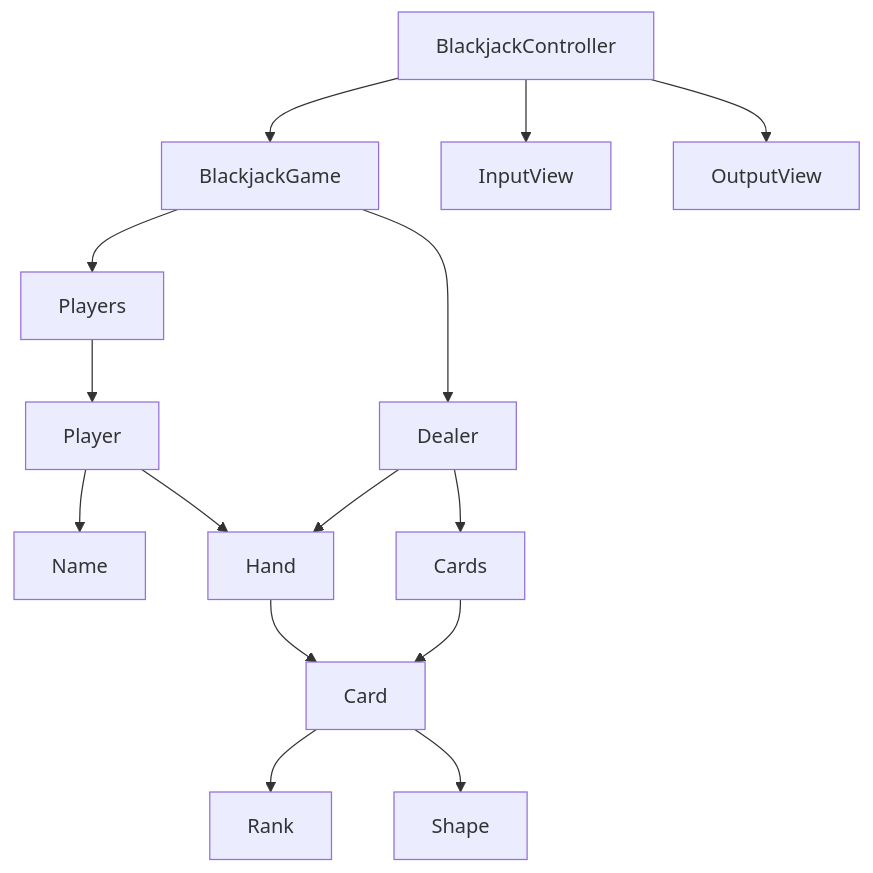
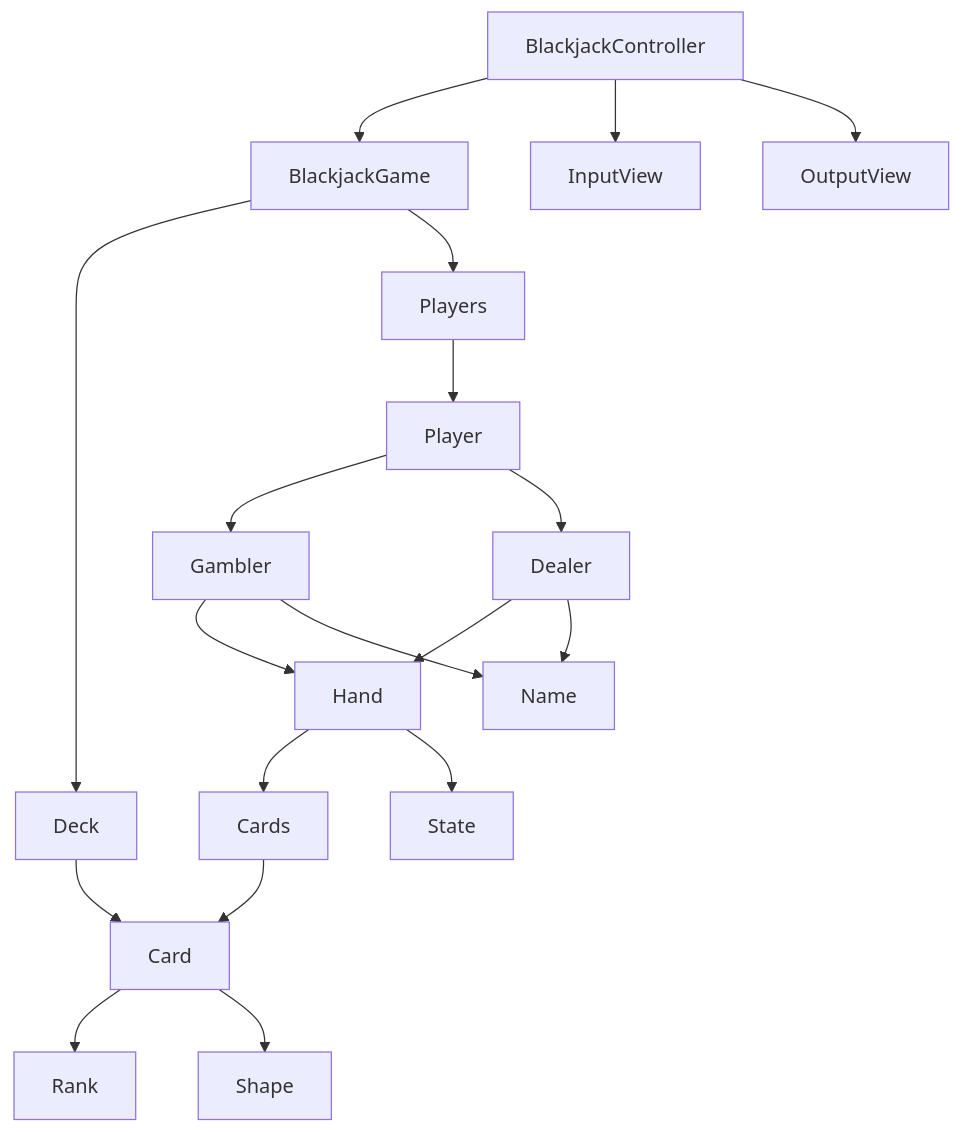
Before and after one commit to woowacourse/java-blackjack: the diagram in README.md, drawn with Mermaid. The commit also changed other lines of this file, not shown here.

````diff
--- a/README.md
+++ b/README.md
@@ -11,24 +11,26 @@
 ```mermaid
-flowchart TD
-    Players --> Player
-
+flowchart
     Card --> Rank
     Card --> Shape
 
     Cards --> Card
+    Deck --> Card
 
     BlackjackController --> BlackjackGame
     BlackjackController --> InputView
     BlackjackController --> OutputView
 
-    Player --> Name
-    Player --> Hand
-    Dealer --> Hand
+    BlackjackGame --> Deck
 
-    Hand --> Card
+    Players --> Player
+    Player --> Gambler --> Hand
+    Player --> Dealer --> Hand
+
+    Hand --> Cards
+    Hand --> State
+
+    Gambler --> Name
+    Dealer --> Name
 
     BlackjackGame --> Players
-    BlackjackGame --> Dealer
-
-    Dealer --> Cards 
 ```
````
